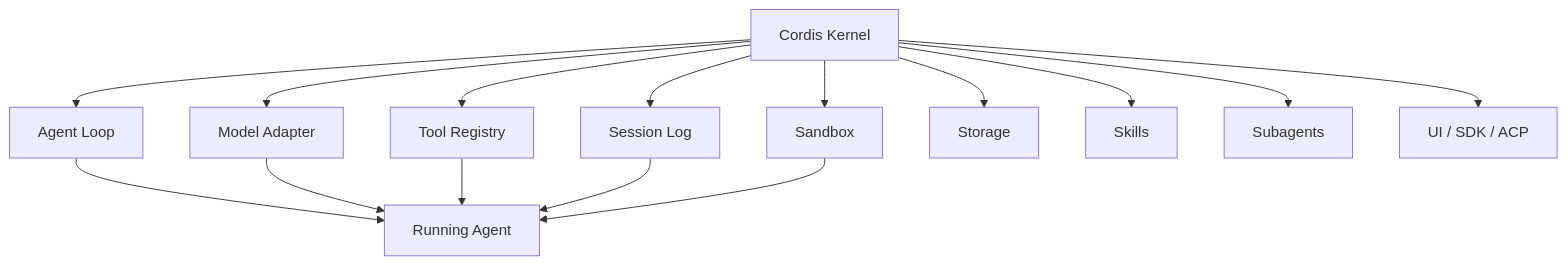
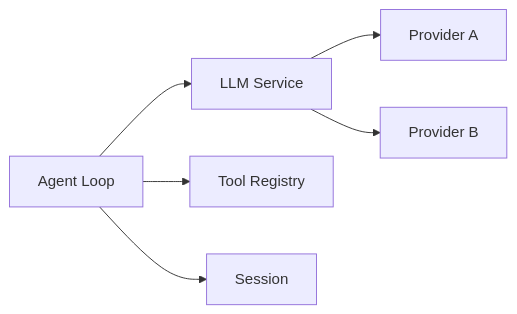
One commit to indigofeather/harness-book changed the second of 3 diagrams in docs/deepseek/overview.md. Above: the diagram before and after it, drawn with Mermaid. The commit also changed other lines of this file and 48 other files, not shown here.

````diff
--- a/docs/deepseek/overview.md
+++ b/docs/deepseek/overview.md
@@ -41,20 +60,8 @@
 ```mermaid
-flowchart TB
-  C[Cordis Kernel]
-
-  C --> M[Model Adapter]
-  C --> T[Tool Registry]
-  C --> L[Agent Loop]
-  C --> S[Session Log]
-  C --> SB[Sandbox]
-  C --> ST[Storage]
-  C --> SK[Skills]
-  C --> SA[Subagents]
-  C --> UI[UI / SDK / ACP]
-
-  L --> A[Running Agent]
-  M --> A
-  T --> A
-  S --> A
-  SB --> A
+flowchart LR
+  AG[Agent Loop] --> L[LLM Service]
+  L --> P1[Provider A]
+  L --> P2[Provider B]
+  AG --> T[Tool Registry]
+  AG --> S[Session]
 ```
````
